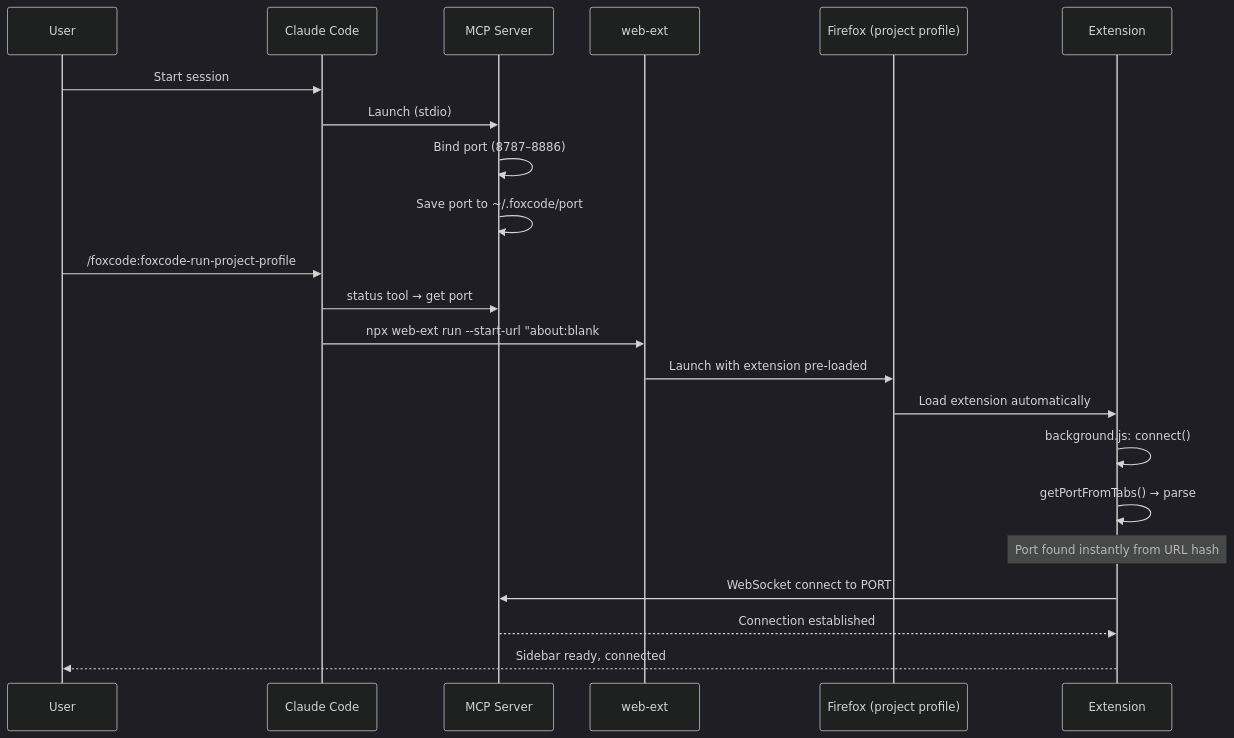
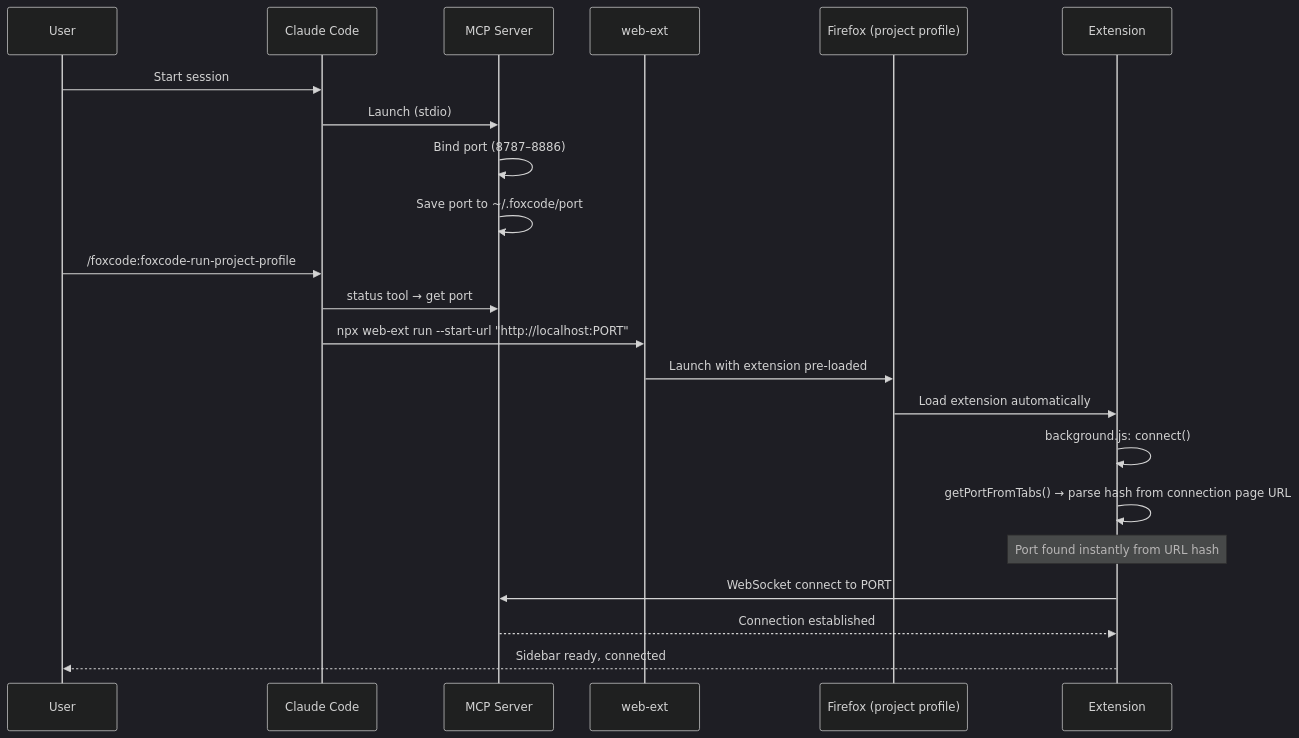
One commit to korchasa/foxcode changed the first of 2 diagrams in README.md. Above: the diagram before and after it, drawn with Mermaid (dark theme). The commit also changed 15 other files, not shown here.

First line of the commit message:
feat: add popup session header, compact URL format, and HTTP info page

````diff
--- a/README.md
+++ b/README.md
@@ -79,27 +79,27 @@
 ```mermaid
 sequenceDiagram
     participant U as User
     participant CC as Claude Code
     participant MCP as MCP Server
     participant WE as web-ext
     participant FF as Firefox (project profile)
     participant EXT as Extension
 
     U->>CC: Start session
     CC->>MCP: Launch (stdio)
     MCP->>MCP: Bind port (8787–8886)
     MCP->>MCP: Save port to ~/.foxcode/port
 
     U->>CC: /foxcode:foxcode-run-project-profile
     CC->>MCP: status tool → get port
-    CC->>WE: npx web-ext run --start-url "about:blank#foxcode-port=PORT"
+    CC->>WE: npx web-ext run --start-url "http://localhost:PORT"
     WE->>FF: Launch with extension pre-loaded
     FF->>EXT: Load extension automatically
 
     EXT->>EXT: background.js: connect()
-    EXT->>EXT: getPortFromTabs() → parse #foxcode-port from tab URL
+    EXT->>EXT: getPortFromTabs() → parse hash from connection page URL
     Note over EXT: Port found instantly from URL hash
     EXT->>MCP: WebSocket connect to PORT
     MCP-->>EXT: Connection established
     EXT-->>U: Sidebar ready, connected
 ```
````
